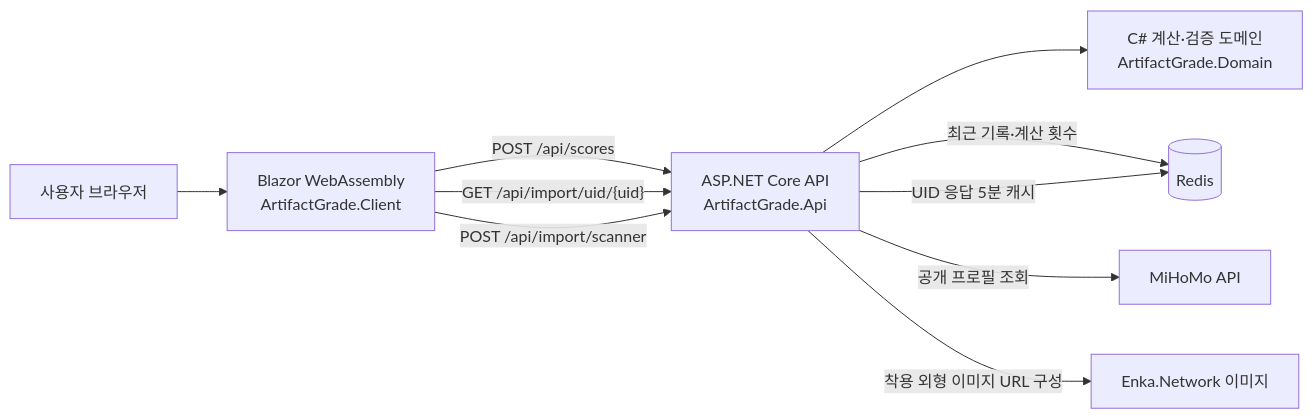
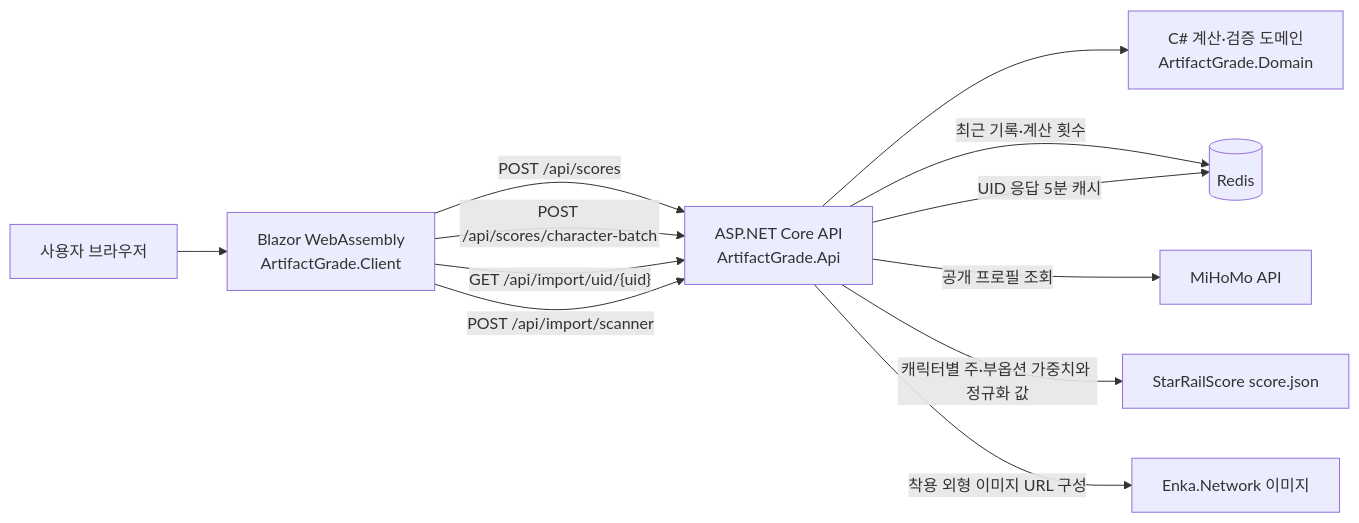
Before and after one commit to arke0909/Honkai-Starrail-Artifact-Grade: the diagram in README.md, drawn with Mermaid. The commit also changed other lines of this file and 18 other files, not shown here.

````diff
--- a/README.md
+++ b/README.md
@@ -27,12 +27,14 @@
 ```mermaid
 flowchart LR
     U["사용자 브라우저"] --> C["Blazor WebAssembly\nArtifactGrade.Client"]
     C -->|"POST /api/scores"| A["ASP.NET Core API\nArtifactGrade.Api"]
+    C -->|"POST /api/scores/character-batch"| A
     C -->|"GET /api/import/uid/{uid}"| A
     C -->|"POST /api/import/scanner"| A
     A --> D["C# 계산·검증 도메인\nArtifactGrade.Domain"]
     A -->|"최근 기록·계산 횟수"| R[(Redis)]
     A -->|"공개 프로필 조회"| M["MiHoMo API"]
+    A -->|"캐릭터별 주·부옵션 가중치와 정규화 값"| S["StarRailScore score.json"]
     A -->|"착용 외형 이미지 URL 구성"| E["Enka.Network 이미지"]
     A -->|"UID 응답 5분 캐시"| R
 ```
````
